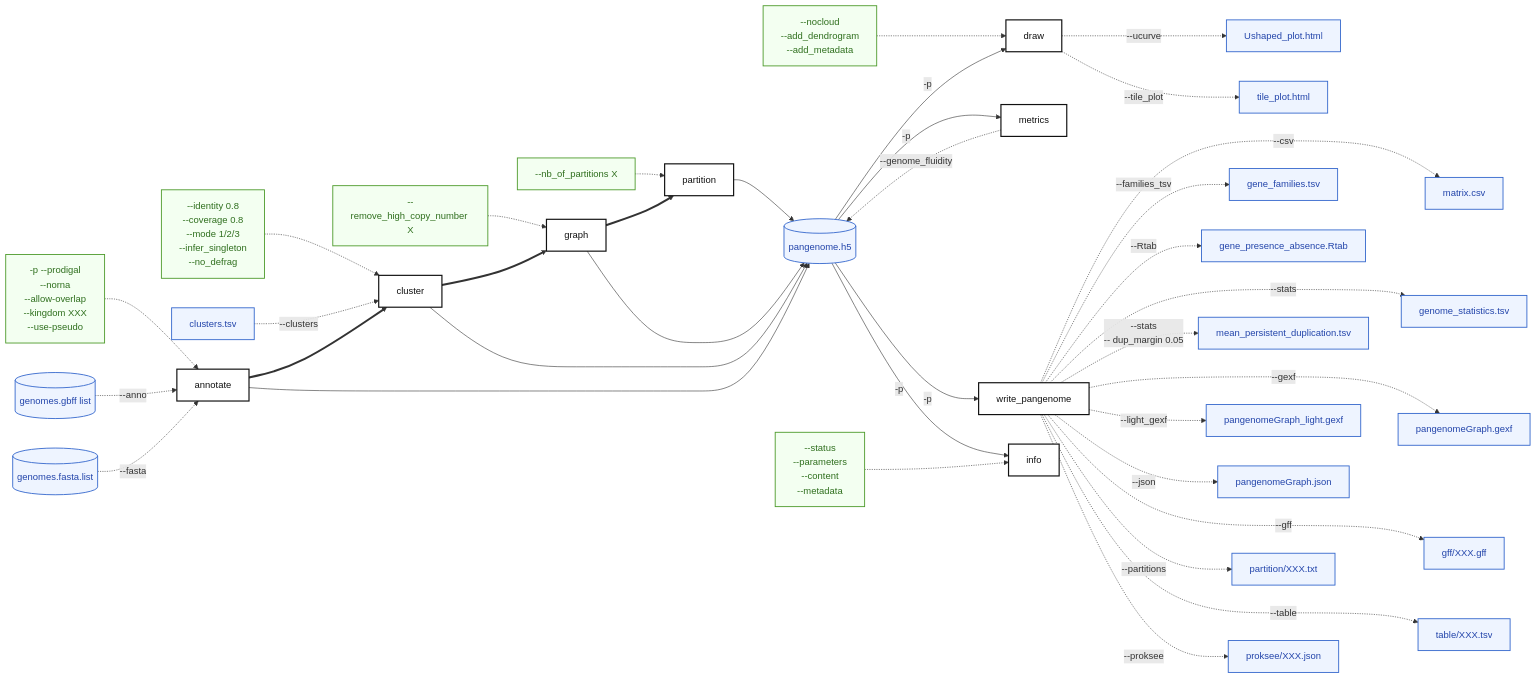
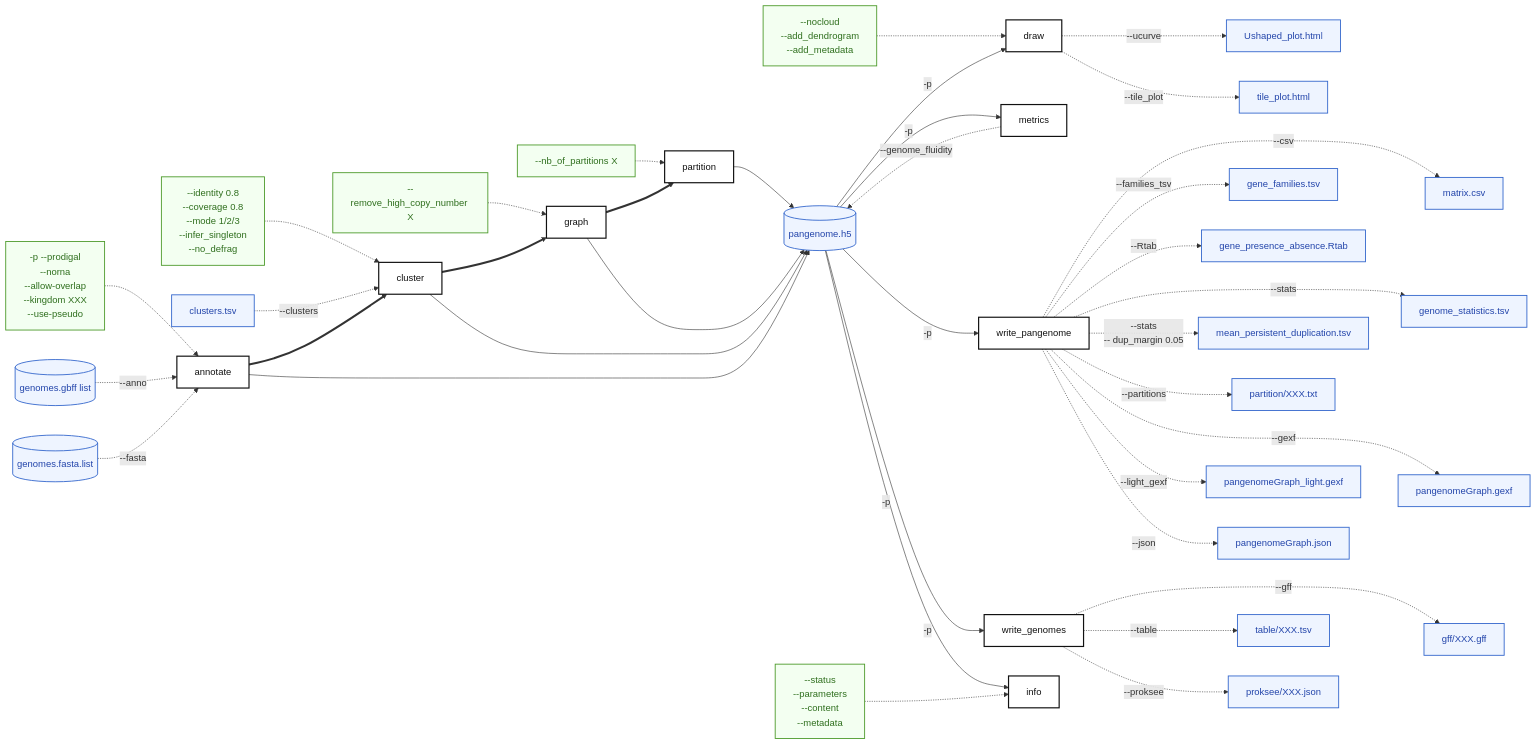
One commit to rsiminel/PPanGGOLiN-flowchart changed the diagram in workflow.mmd. Above: the diagram before and after it, drawn with Mermaid. The commit also changed 1 other file, not shown here.

```diff
--- a/workflow.mmd
+++ b/workflow.mmd
@@ -1,113 +1,118 @@
 flowchart LR
 
 %% =====================
 %% Styles
 %% =====================
 classDef cmd fill:#ffffff,stroke:#111111,stroke-width:2px,color:#111111;
 classDef file fill:#eef4ff,stroke:#3366cc,stroke-width:1.5px,color:#2244aa;
 classDef opt fill:#f3fff1,stroke:#4c9a2a,stroke-width:1.5px,color:#2f6f1e;
 
 %% =====================
 %% Annotate
 %% =====================
 annotate_opts["
     -p --prodigal
     --norna
     --allow-overlap
     --kingdom XXX
     --use-pseudo
 "]:::opt -.-> annotate
 anno[(genomes.gbff list)]:::file -."--anno".-> annotate[annotate]:::cmd
 fasta[(genomes.fasta.list)]:::file -."--fasta".-> annotate
 
 %% =====================
 %% Cluster
 %% =====================
 cluster_opts["
     --identity 0.8
     --coverage 0.8
     --mode 1/2/3
     --infer_singleton
     --no_defrag
 "]:::opt -.-> cluster
 clusters_tsv[clusters.tsv]:::file -."--clusters".-> cluster
 annotate ==> cluster[cluster]:::cmd
 
 %% =====================
 %% Graph
 %% =====================
 graph_opts["
     --remove_high_copy_number X
 "]:::opt -.-> graf
 cluster ==> graf[graph]:::cmd
 
 %% =====================
 %% Partition
 %% =====================
 partition_opts["
     --nb_of_partitions X
 "]:::opt -.-> partition
 graf ==> partition[partition]:::cmd
 
 %% =====================
 %% Pangenome.h5 Output
 %% =====================
 partition --> h5[(pangenome.h5)]:::file
 graf --> h5
 cluster --> h5
 annotate --> h5
 
 %% =====================
 %% Draw
 %% =====================
 draw_opts["
     --nocloud
     --add_dendrogram
     --add_metadata
 "]:::opt -.-> draw
 h5 --"-p"--> draw[draw]:::cmd
 
 draw -."--ucurve".-> uplot["Ushaped_plot.html"]:::file
 draw -."--tile_plot".-> tile["tile_plot.html"]:::file
 
 
 %% =====================
 %% Metrics
 %% =====================
 h5 --"-p"--> metrics[metrics]:::cmd
 metrics -."--genome_fluidity".-> h5
 
 %% =====================
 %% Write Pangenome
 %% =====================
 h5 --"-p"--> wp[write_pangenome]:::cmd
 wp -."--families_tsv".-> families["gene_families.tsv"]:::file
 wp -."--Rtab".-> rtab["gene_presence_absence.Rtab"]:::file
 wp -."--stats".-> stats["genome_statistics.tsv"]:::file
 wp -."
     --stats
     -- dup_margin 0.05
 ".-> dup["mean_persistent_duplication.tsv"]:::file
 dup ~~~ stats
 wp -."--csv".-> csv["matrix.csv"]:::file
 families & rtab ~~~ csv
 wp -."--gexf".-> gexf["pangenomeGraph.gexf"]:::file
 wp -."--light_gexf".-> lgexf["pangenomeGraph_light.gexf"]:::file
 wp -."--json".-> json["pangenomeGraph.json"]:::file
 lgexf & json ~~~ gexf
 wp -."--partitions".-> partitions["partition/XXX.txt"]:::file
-wp -."--proksee".-> proksee["proksee/XXX.json"]:::file
-wp -."--gff".-> gff["gff/XXX.gff"]:::file
-wp -."--table".-> table["table/XXX.tsv"]:::file
-partitions & proksee ~~~ gff & table
+
+%% =====================
+%% Write Genomes
+%% =====================
+h5 --"-p"--> wg[write_genomes]:::cmd
+wg -."--proksee".-> proksee["proksee/XXX.json"]:::file
+wg -."--gff".-> gff["gff/XXX.gff"]:::file
+wg -."--table".-> table["table/XXX.tsv"]:::file
+table & proksee ~~~ gff
 
 %% =====================
 %% Info
 %% =====================
 h5 --"-p"--> info[info]:::cmd
 info_opts["
     --status
     --parameters
     --content
     --metadata
 "]:::opt -.-> info
```
